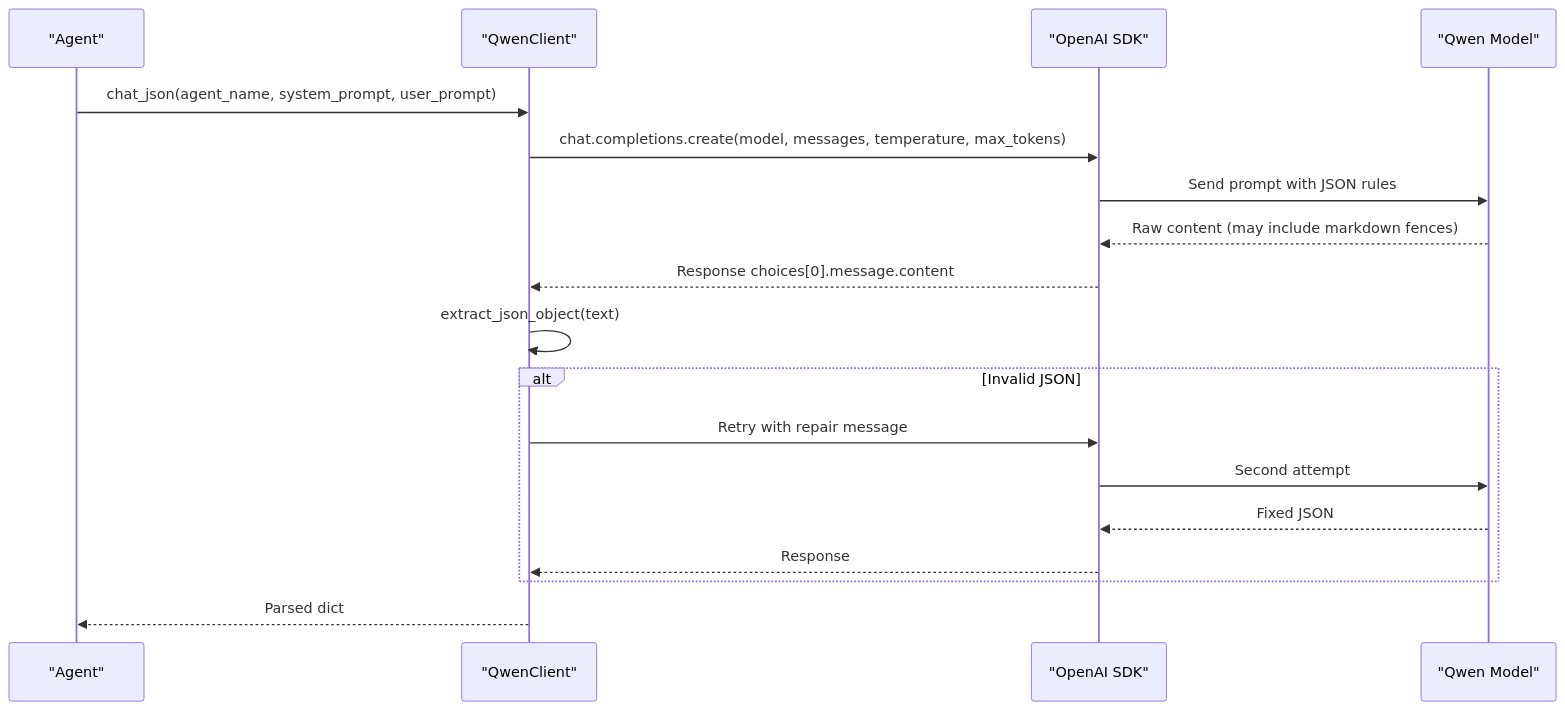
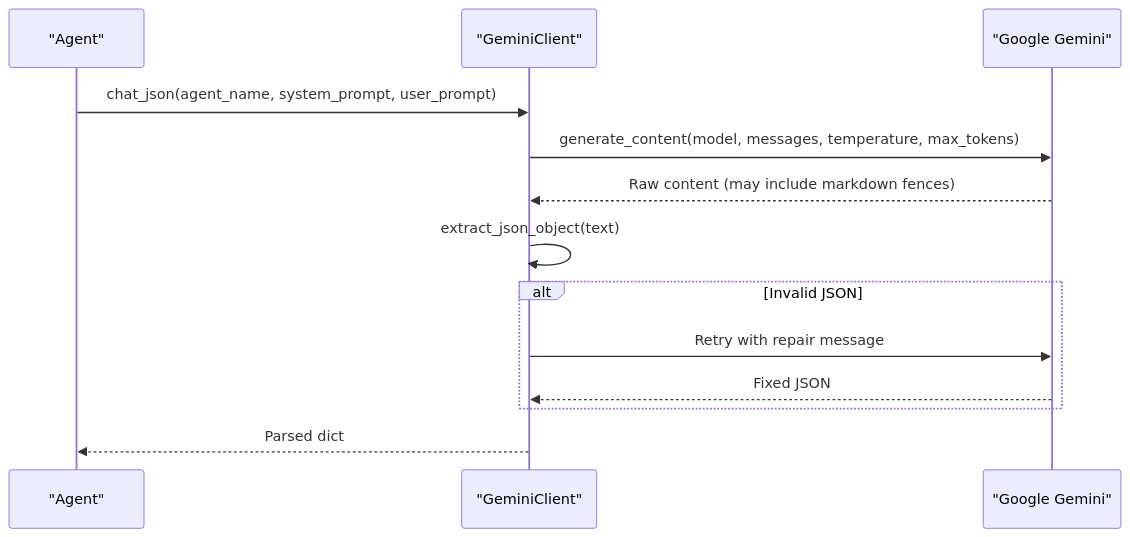
Before and after one commit to waqarimran342/CareerOS-AI: the fifth of 7 diagrams in .qoder/repowiki/en/content/Project Overview.md, drawn with Mermaid. The commit also changed other lines of this file and 32 other files, not shown here.

````diff
--- a/.qoder/repowiki/en/content/Project Overview.md
+++ b/.qoder/repowiki/en/content/Project Overview.md
@@ -199,20 +240,15 @@
 ```mermaid
 sequenceDiagram
 participant A as "Agent"
-participant C as "QwenClient"
-participant O as "OpenAI SDK"
-participant M as "Qwen Model"
+participant C as "GeminiClient"
+participant G as "Google Gemini"
 A->>C : chat_json(agent_name, system_prompt, user_prompt)
-C->>O : chat.completions.create(model, messages, temperature, max_tokens)
-O->>M : Send prompt with JSON rules
-M-->>O : Raw content (may include markdown fences)
-O-->>C : Response choices[0].message.content
+C->>G : generate_content(model, messages, temperature, max_tokens)
+G-->>C : Raw content (may include markdown fences)
 C->>C : extract_json_object(text)
 alt Invalid JSON
-C->>O : Retry with repair message
-O->>M : Second attempt
-M-->>O : Fixed JSON
-O-->>C : Response
+C->>G : Retry with repair message
+G-->>C : Fixed JSON
 end
 C-->>A : Parsed dict
 ```
````
